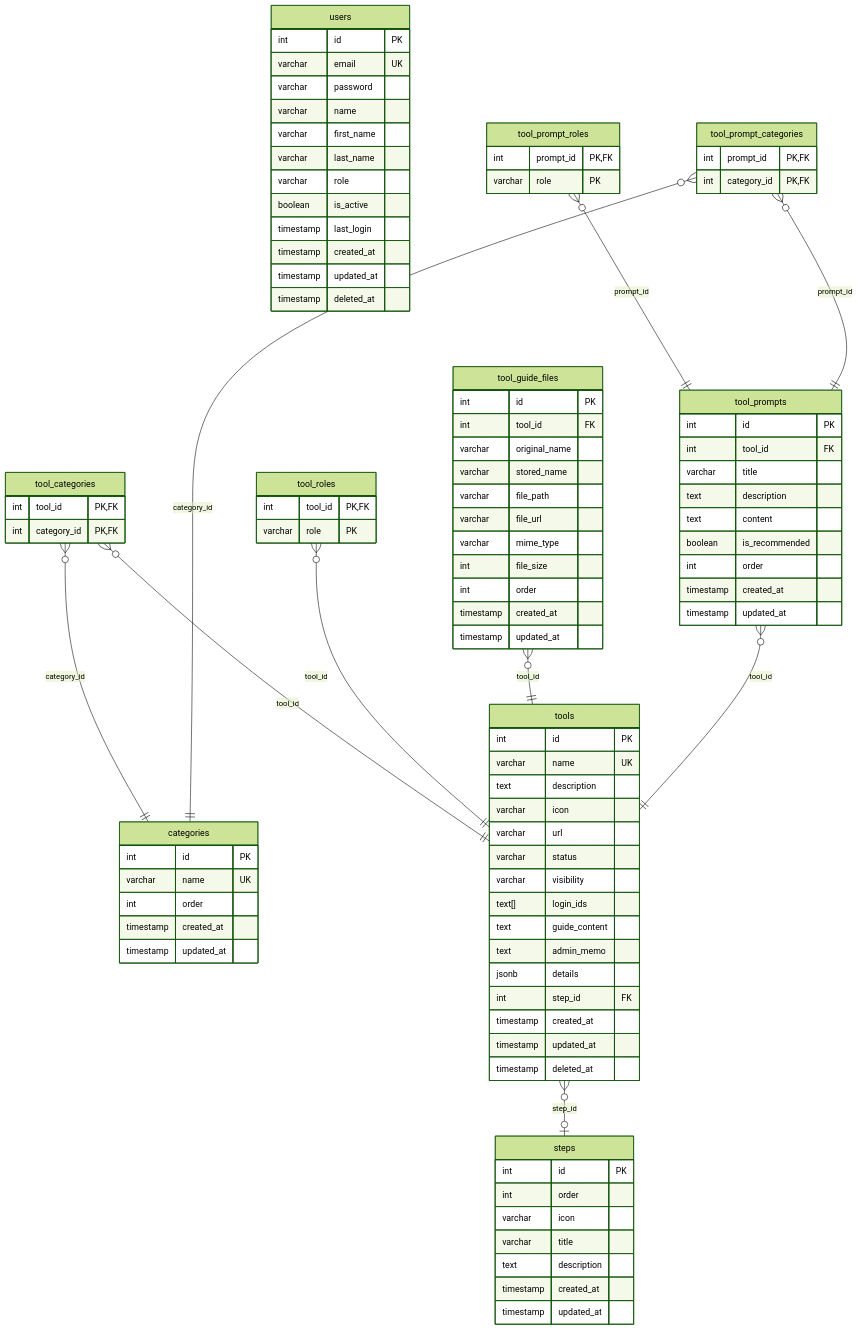
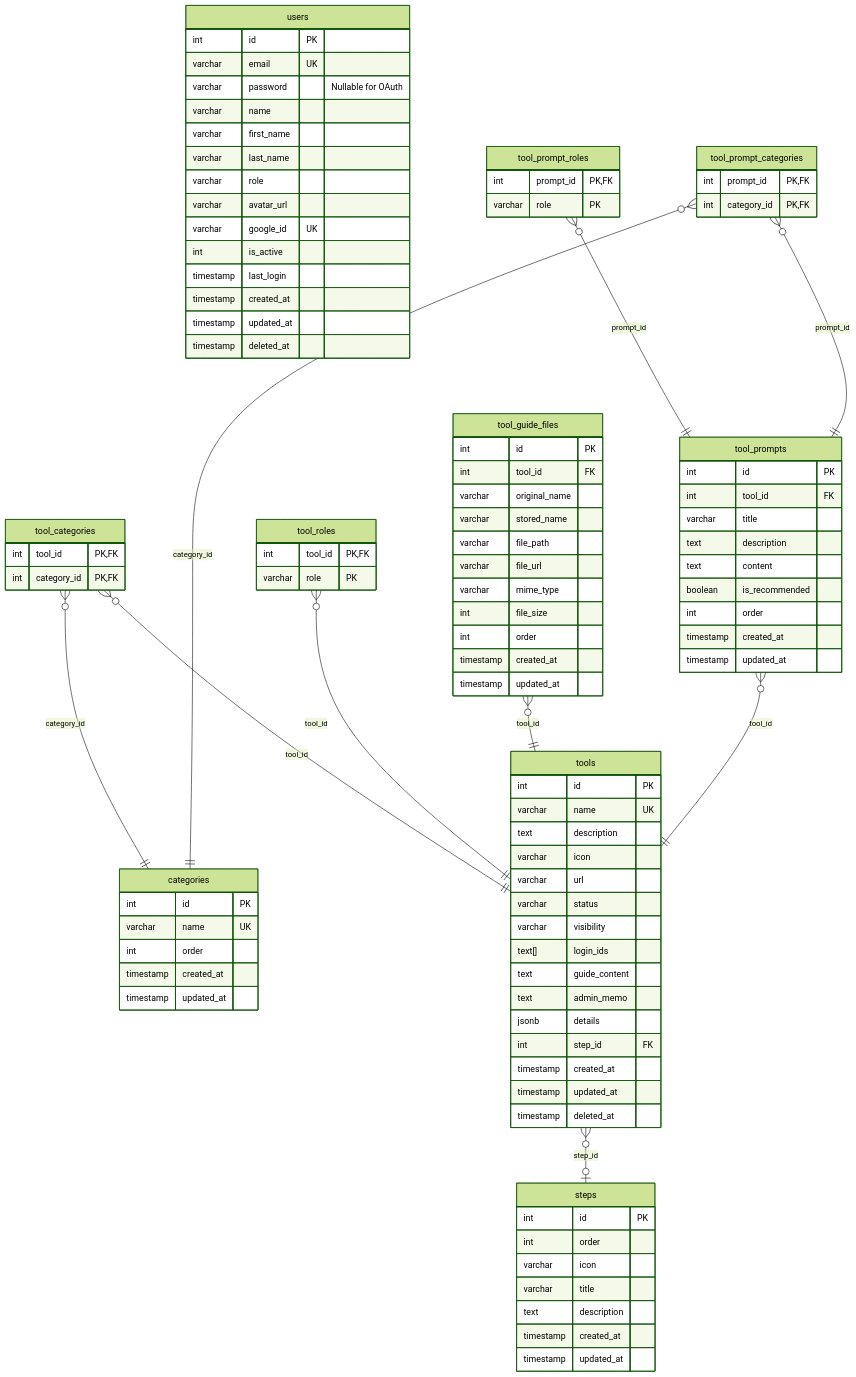
Before and after one commit to cqb-migger/ai-ops-hub: the diagram in docs/database.md, drawn with Mermaid (forest theme). The commit also changed other lines of this file and 40 other files, not shown here.

Commit message:
feat: implement user authentication system with Google OAuth integration and login page

```diff
--- a/docs/database.md
+++ b/docs/database.md
@@ -11,12 +11,14 @@
     users {
         int id PK
         varchar email UK
-        varchar password
+        varchar password "Nullable for OAuth"
         varchar name
         varchar first_name
         varchar last_name
         varchar role
-        boolean is_active
+        varchar avatar_url
+        varchar google_id UK
+        int is_active
         timestamp last_login
         timestamp created_at
         timestamp updated_at
```
